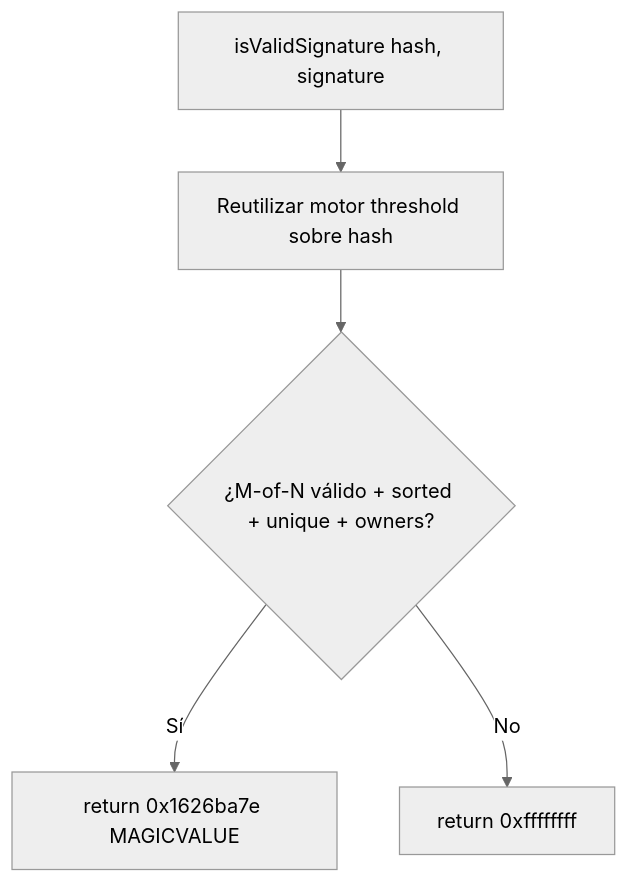
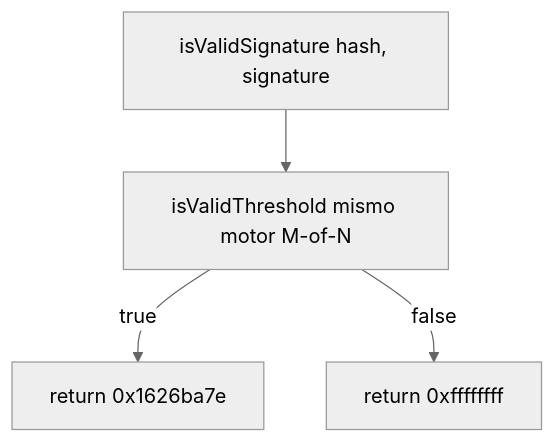
One commit to rastrahm/institutional-custody-mpc changed the third of 6 diagrams in doc/diagrama-de-flujo.md. Above: the diagram before and after it, drawn with Mermaid (neutral theme). The commit also changed other lines of this file and 12 other files, not shown here.

````diff
--- a/doc/diagrama-de-flujo.md
+++ b/doc/diagrama-de-flujo.md
@@ -70,7 +64,6 @@
 ```mermaid
 flowchart TD
-    A[isValidSignature hash, signature] --> B[Reutilizar motor threshold sobre hash]
-    B --> C{¿M-of-N válido + sorted + unique + owners?}
-    C -->|Sí| D["return 0x1626ba7e MAGICVALUE"]
-    C -->|No| E["return 0xffffffff"]
+    A[isValidSignature hash, signature] --> B[isValidThreshold mismo motor M-of-N]
+    B -->|true| C["return 0x1626ba7e"]
+    B -->|false| D["return 0xffffffff"]
 ```
````
